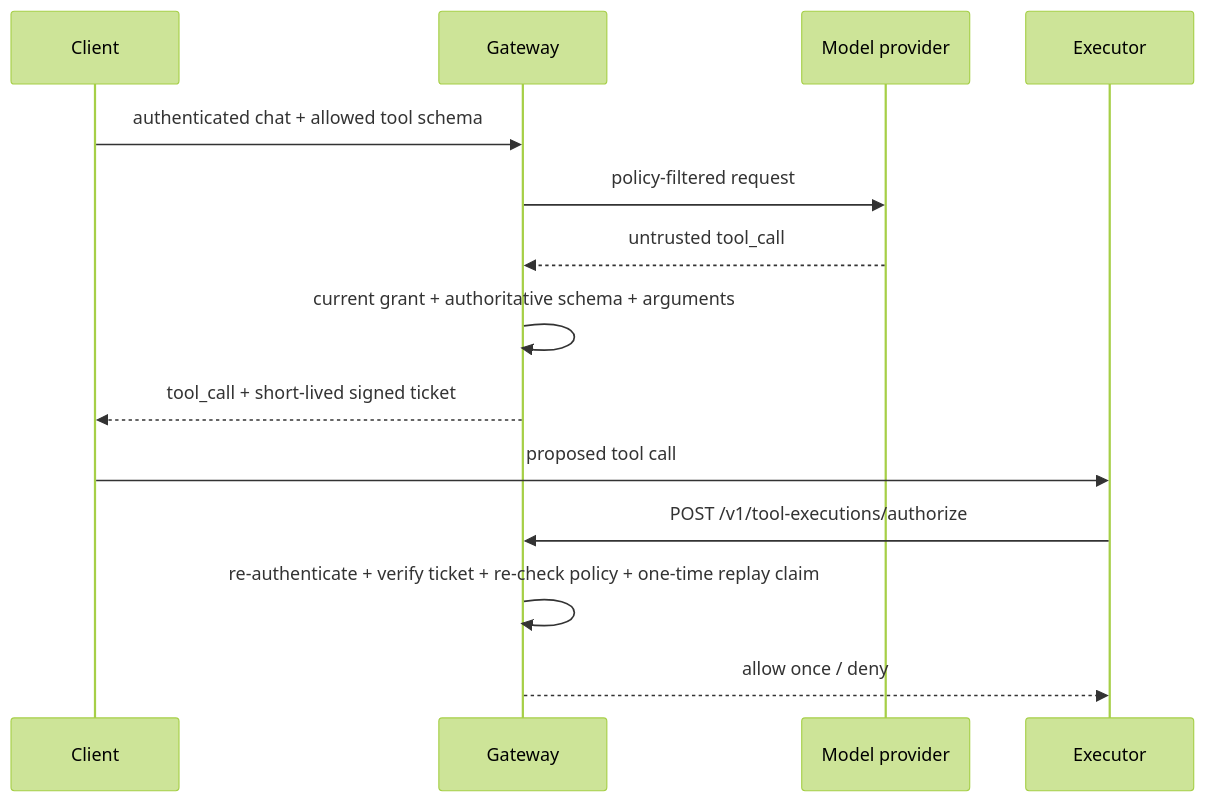
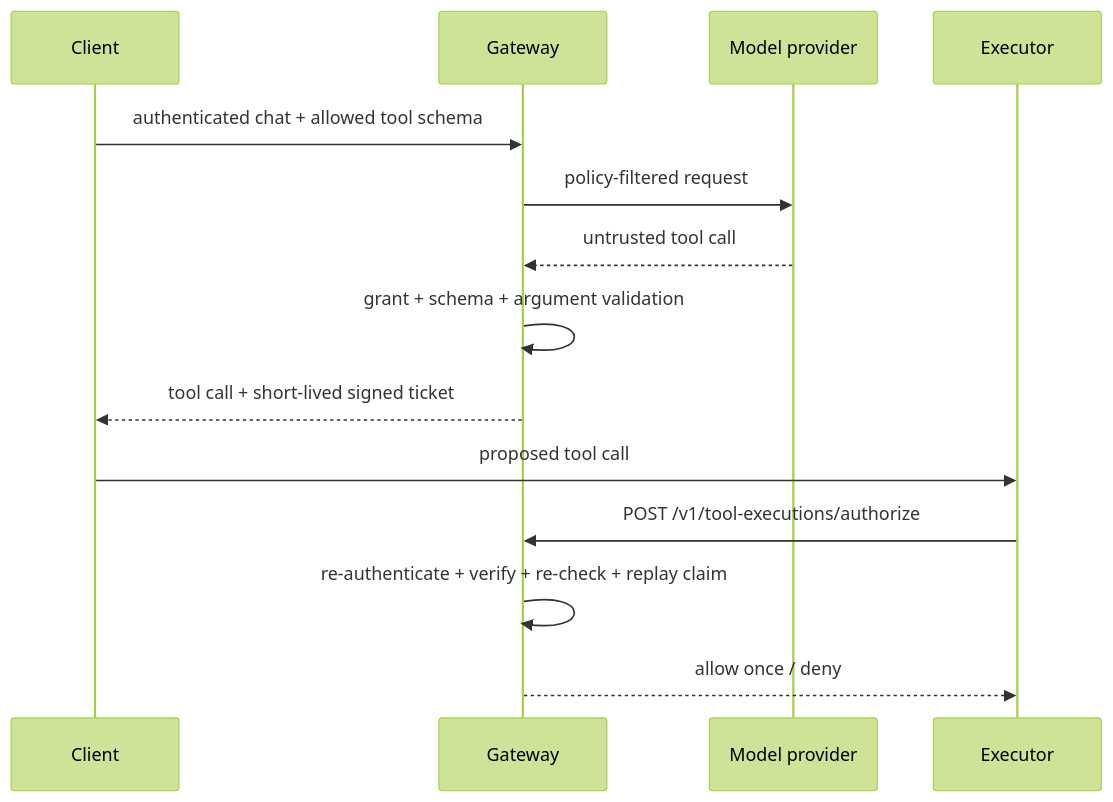
The second of 2 diagrams in README.md (joshuabisdorf/Secure-AI-Gateway), drawn with Mermaid (forest theme) before and after one commit. The commit also changed other lines of this file, not shown here.

````diff
--- a/README.md
+++ b/README.md
@@ -106,17 +132,17 @@
 ```mermaid
 sequenceDiagram
     participant C as Client
     participant G as Gateway
     participant M as Model provider
     participant E as Executor
 
     C->>G: authenticated chat + allowed tool schema
     G->>M: policy-filtered request
-    M-->>G: untrusted tool_call
-    G->>G: current grant + authoritative schema + arguments
-    G-->>C: tool_call + short-lived signed ticket
+    M-->>G: untrusted tool call
+    G->>G: grant + schema + argument validation
+    G-->>C: tool call + short-lived signed ticket
     C->>E: proposed tool call
     E->>G: POST /v1/tool-executions/authorize
-    G->>G: re-authenticate + verify ticket + re-check policy + one-time replay claim
+    G->>G: re-authenticate + verify + re-check + replay claim
     G-->>E: allow once / deny
 ```
````
